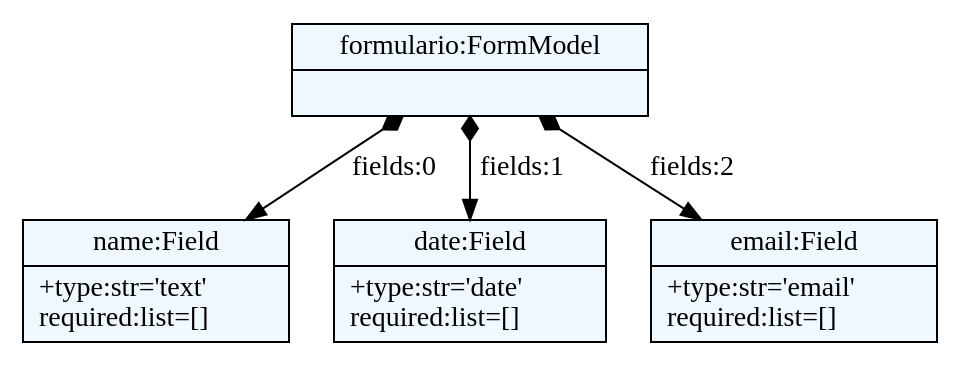
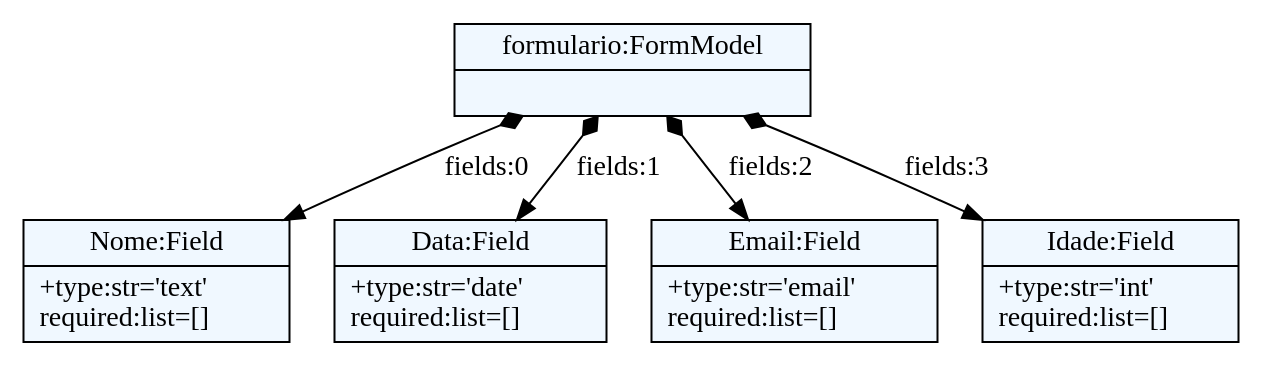
One commit to Aniz/formDSL changed the diagram in srcgen/dot/form.dot. Above: the diagram before and after it, drawn with Graphviz. The commit also changed 7 other files, not shown here.

```diff
--- a/srcgen/dot/form.dot
+++ b/srcgen/dot/form.dot
@@ -1,22 +1,24 @@
 
     digraph xtext {
     fontname = "Bitstream Vera Sans"
     fontsize = 8
     node[
         shape=record,
         style=filled,
         fillcolor=aliceblue
     ]
     nodesep = 0.3
     edge[dir=black,arrowtail=empty]
 
 
-140508095292864 -> 140508095414400 [label="fields:0" arrowtail=diamond dir=both]
-140508095414400[label="{name:Field|+type:str='text'\lrequired:list=[]\l}"]
-140508095292864 -> 140508095414848 [label="fields:1" arrowtail=diamond dir=both]
-140508095414848[label="{date:Field|+type:str='date'\lrequired:list=[]\l}"]
-140508095292864 -> 140508095414904 [label="fields:2" arrowtail=diamond dir=both]
-140508095414904[label="{email:Field|+type:str='email'\lrequired:list=[]\l}"]
-140508095292864[label="{formulario:FormModel|}"]
+140515800872272 -> 140515800994256 [label="fields:0" arrowtail=diamond dir=both]
+140515800994256[label="{Nome:Field|+type:str='text'\lrequired:list=[]\l}"]
+140515800872272 -> 140515800994312 [label="fields:1" arrowtail=diamond dir=both]
+140515800994312[label="{Data:Field|+type:str='date'\lrequired:list=[]\l}"]
+140515800872272 -> 140515800994368 [label="fields:2" arrowtail=diamond dir=both]
+140515800994368[label="{Email:Field|+type:str='email'\lrequired:list=[]\l}"]
+140515800872272 -> 140515800994424 [label="fields:3" arrowtail=diamond dir=both]
+140515800994424[label="{Idade:Field|+type:str='int'\lrequired:list=[]\l}"]
+140515800872272[label="{formulario:FormModel|}"]
 
 }
```
